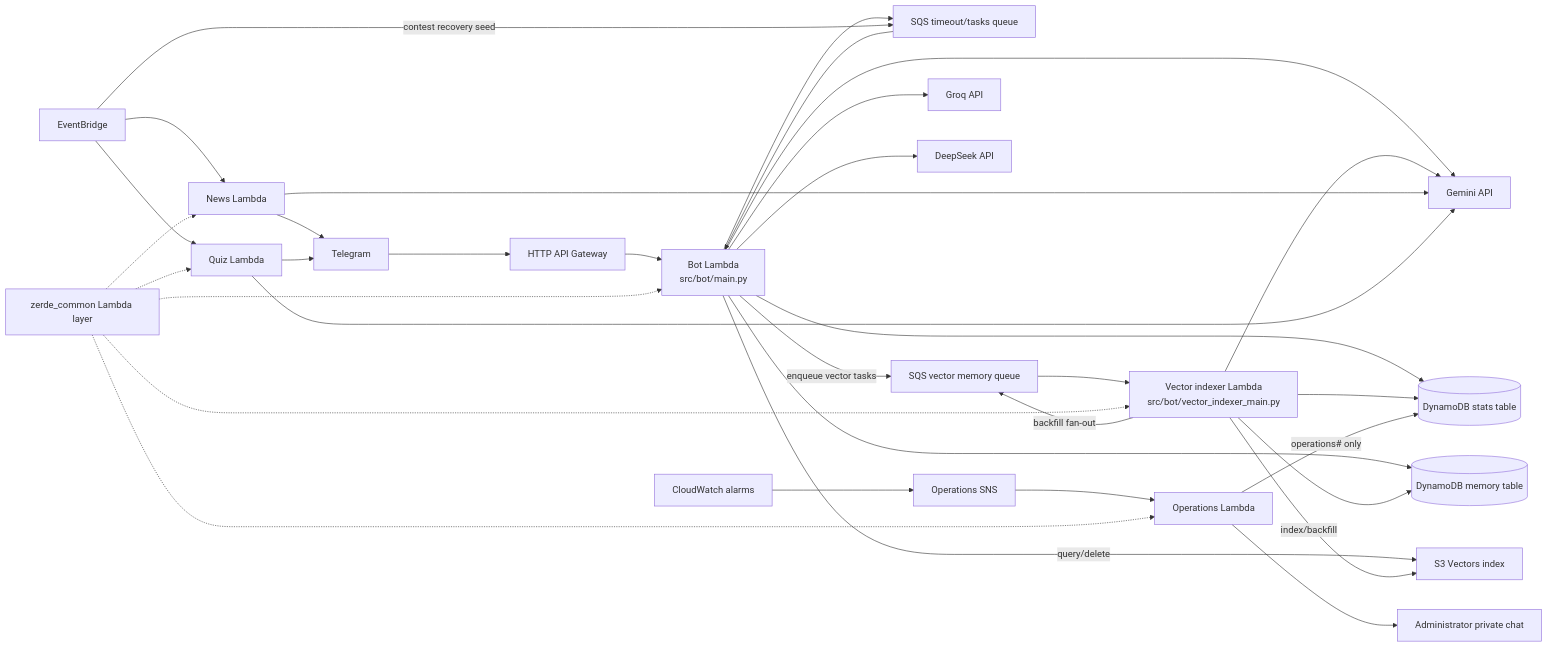
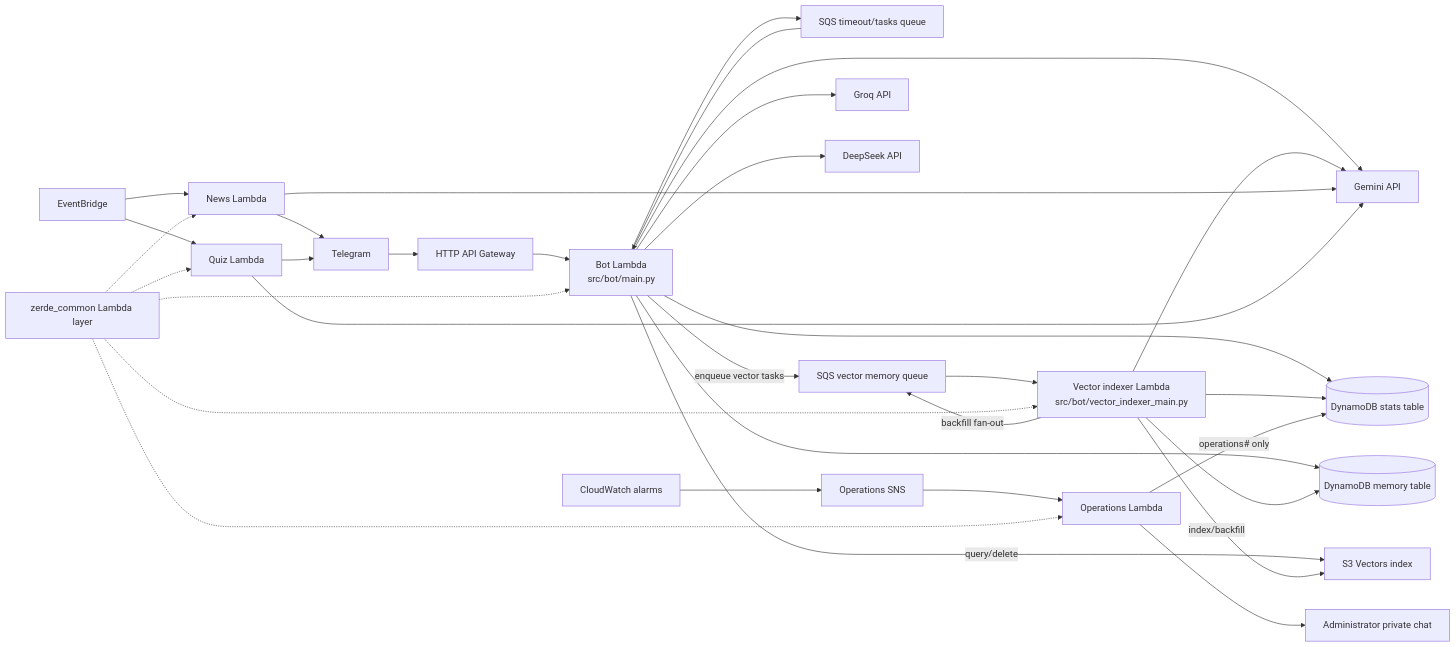
One commit to Bayashat/zerde-serverless-bot changed the diagram in docs/ARCHITECTURE.md. Above: the diagram before and after it, drawn with Mermaid. The commit also changed other lines of this file and 84 other files, not shown here.

````diff
--- a/docs/ARCHITECTURE.md
+++ b/docs/ARCHITECTURE.md
@@ -28,39 +28,38 @@
 ```mermaid
 flowchart LR
   TG["Telegram"] --> APIGW["HTTP API Gateway"]
   APIGW --> BOT["Bot Lambda<br/>src/bot/main.py"]
   MAINQ["SQS timeout/tasks queue"] --> BOT
   VQ["SQS vector memory queue"] --> VIDX["Vector indexer Lambda<br/>src/bot/vector_indexer_main.py"]
 
   BOT --> STATS[("DynamoDB stats table")]
   BOT --> MEMORY[("DynamoDB memory table")]
   BOT --> MAINQ
   BOT -- "enqueue vector tasks" --> VQ
   BOT -- "query/delete" --> S3V["S3 Vectors index"]
   BOT --> GEMINI["Gemini API"]
   BOT --> GROQ["Groq API"]
   BOT --> DEEPSEEK["DeepSeek API"]
   VIDX -- "backfill fan-out" --> VQ
   VIDX --> STATS
   VIDX --> MEMORY
   VIDX -- "index/backfill" --> S3V
   VIDX --> GEMINI
 
   EB["EventBridge"] --> NEWS["News Lambda"]
   EB --> QUIZ["Quiz Lambda"]
-  EB -- "contest recovery seed" --> MAINQ
   NEWS --> GEMINI
   QUIZ --> GEMINI
   NEWS --> TG
   QUIZ --> TG
 
   LAYER["zerde_common Lambda layer"] -.-> BOT
   LAYER -.-> VIDX
   LAYER -.-> NEWS
   LAYER -.-> QUIZ
   CW["CloudWatch alarms"] --> SNS["Operations SNS"]
   SNS --> OPS["Operations Lambda"]
   OPS --> ADMIN["Administrator private chat"]
   OPS -- "operations# only" --> STATS
   LAYER -.-> OPS
 ```
````
